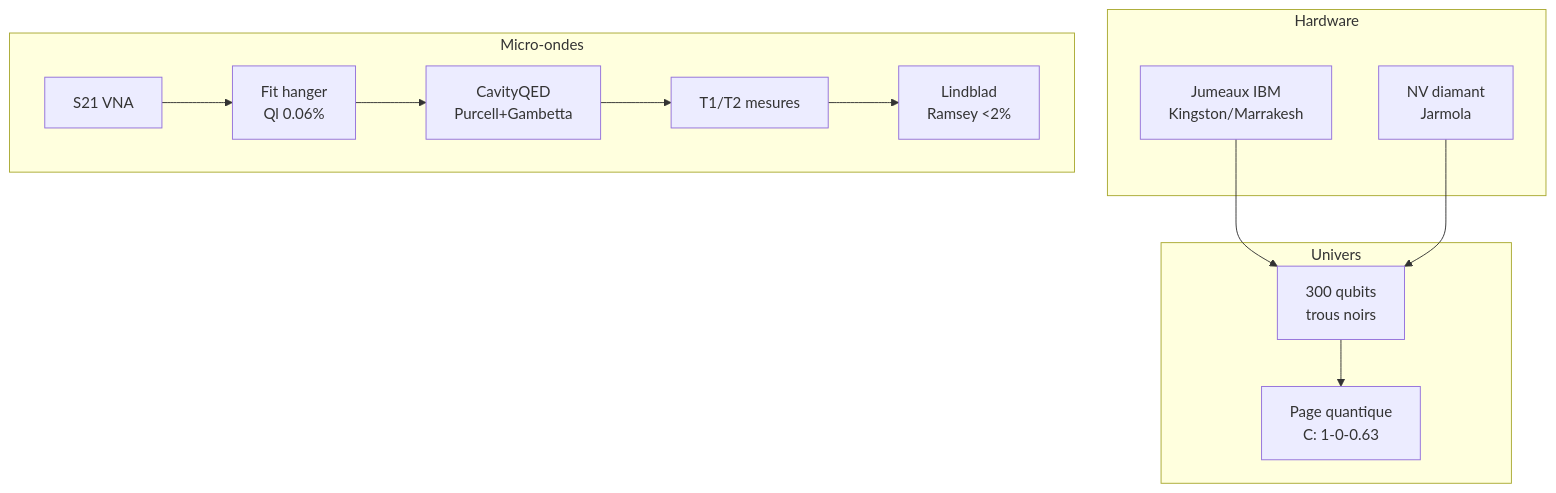
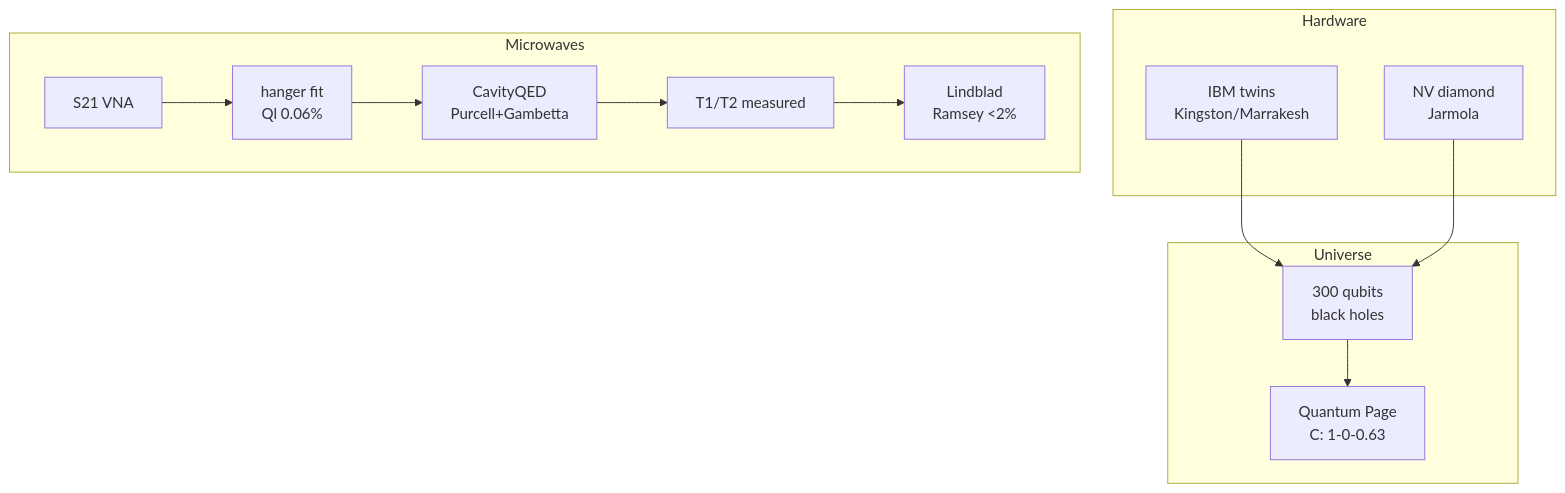
The diagram in README.md (jonathansearch/RATISS-QVM), drawn with Mermaid before and after one commit. The commit also changed other lines of this file, not shown here.

````diff
--- a/README.md
+++ b/README.md
@@ -162,16 +162,16 @@
 ```mermaid
 flowchart TB
-    subgraph UNI[Univers]
-        U[300 qubits<br/>trous noirs] --> PG[Page quantique<br/>C: 1-0-0.63]
+    subgraph UNI[Universe]
+        U[300 qubits<br/>black holes] --> PG[Quantum Page<br/>C: 1-0-0.63]
     end
     subgraph HW[Hardware]
-        TW[Jumeaux IBM<br/>Kingston/Marrakesh] --> U
-        NV[NV diamant<br/>Jarmola] --> U
+        TW[IBM twins<br/>Kingston/Marrakesh] --> U
+        NV[NV diamond<br/>Jarmola] --> U
     end
-    subgraph MW[Micro-ondes]
-        VNA[S21 VNA] --> FIT[Fit hanger<br/>Ql 0.06%]
+    subgraph MW[Microwaves]
+        VNA[S21 VNA] --> FIT[hanger fit<br/>Ql 0.06%]
         FIT --> CQ[CavityQED<br/>Purcell+Gambetta]
-        CQ --> T[T1/T2 mesures]
+        CQ --> T[T1/T2 measured]
         T --> L[Lindblad<br/>Ramsey <2%]
     end
 ```
````
